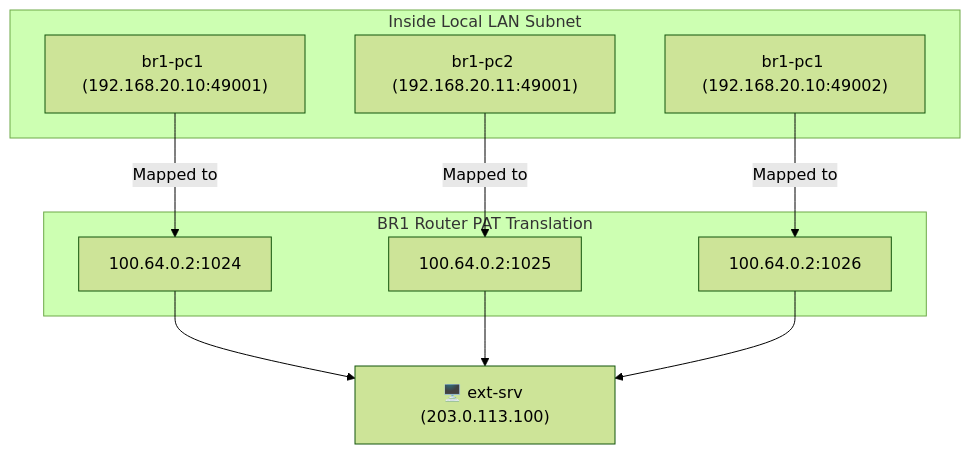
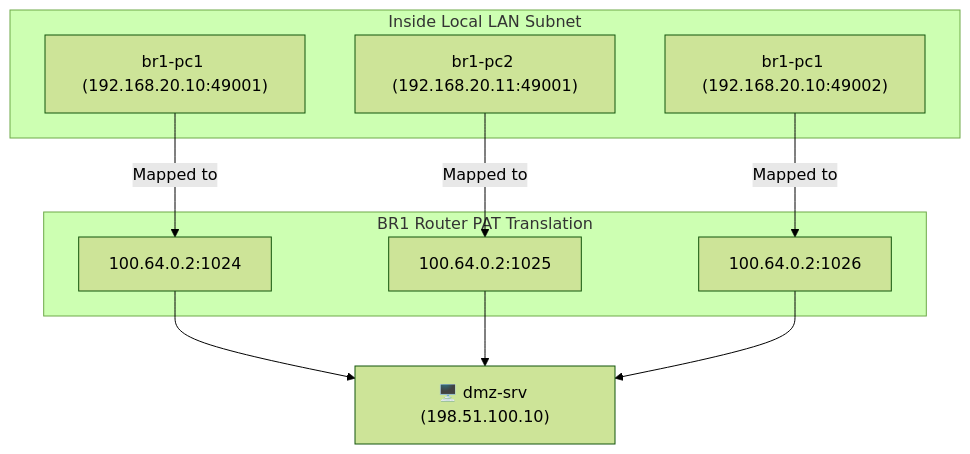
Before and after one commit to Arthur-K-99/cisco-nat-lab: the fifth of 8 diagrams in README.md, drawn with Mermaid (forest theme). The commit also changed other lines of this file, not shown here.

````diff
--- a/README.md
+++ b/README.md
@@ -670,20 +670,20 @@
 ```mermaid
 graph TD
     subgraph LAN ["Inside Local LAN Subnet"]
         pc1_f1["br1-pc1 (192.168.20.10:49001)"]
         pc2_f1["br1-pc2 (192.168.20.11:49001)"]
         pc1_f2["br1-pc1 (192.168.20.10:49002)"]
     end
 
     subgraph NAT ["BR1 Router PAT Translation"]
         ip_p1["100.64.0.2:1024"]
         ip_p2["100.64.0.2:1025"]
         ip_p3["100.64.0.2:1026"]
     end
 
-    ext["🖥️ ext-srv (203.0.113.100)"]
+    dest["🖥️ dmz-srv (198.51.100.10)"]
 
-    pc1_f1 -->|Mapped to| ip_p1 --> ext
-    pc2_f1 -->|Mapped to| ip_p2 --> ext
-    pc1_f2 -->|Mapped to| ip_p3 --> ext
+    pc1_f1 -->|Mapped to| ip_p1 --> dest
+    pc2_f1 -->|Mapped to| ip_p2 --> dest
+    pc1_f2 -->|Mapped to| ip_p3 --> dest
 ```
````
